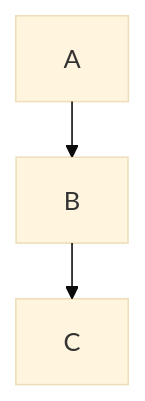
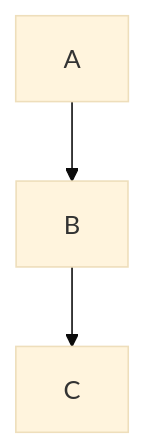
One commit to Alex-Kopylov/zweihander changed the diagram in dist/codex/mermaid-diagrams/skills/mermaid/references/config-layouts.md. Above: the diagram before and after it, drawn with Mermaid (base theme). The commit also changed other lines of this file and 79 other files, not shown here.

Commit message:
docs: sync mermaid syntax and config docs

````diff
--- a/dist/codex/mermaid-diagrams/skills/mermaid/references/config-layouts.md
+++ b/dist/codex/mermaid-diagrams/skills/mermaid/references/config-layouts.md
@@ -26,9 +60,9 @@
 ```mermaid
 ---
 config:
-  layout: elk
+  layout: dagre
 ---
 graph TD;
   A-->B;
   B-->C;
 ```
````
